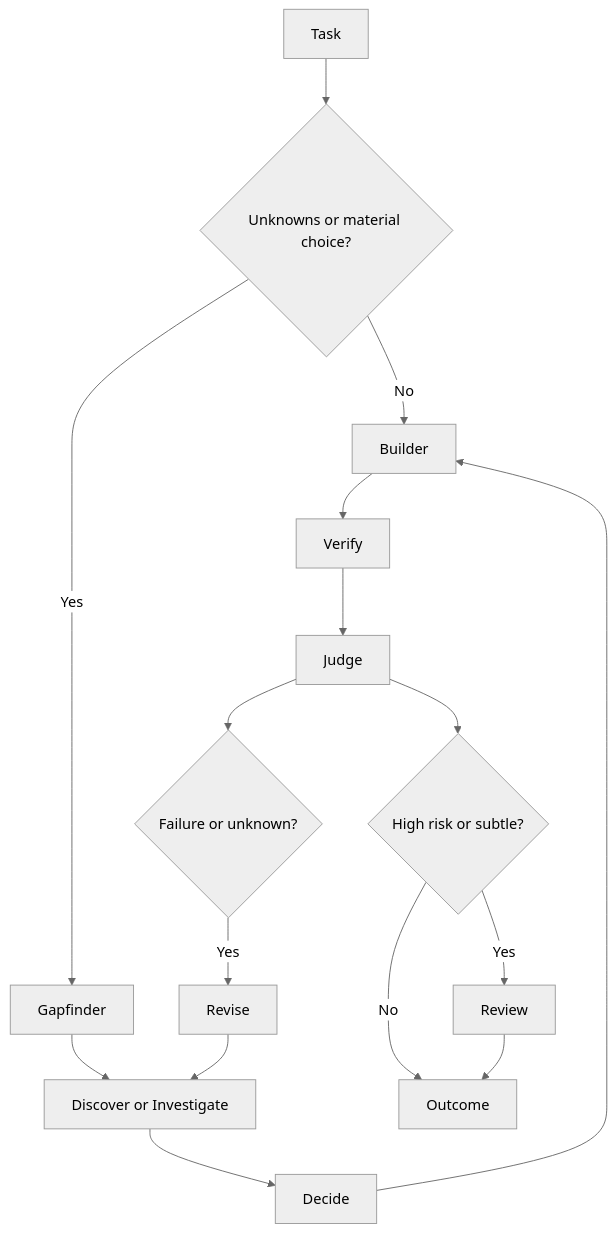
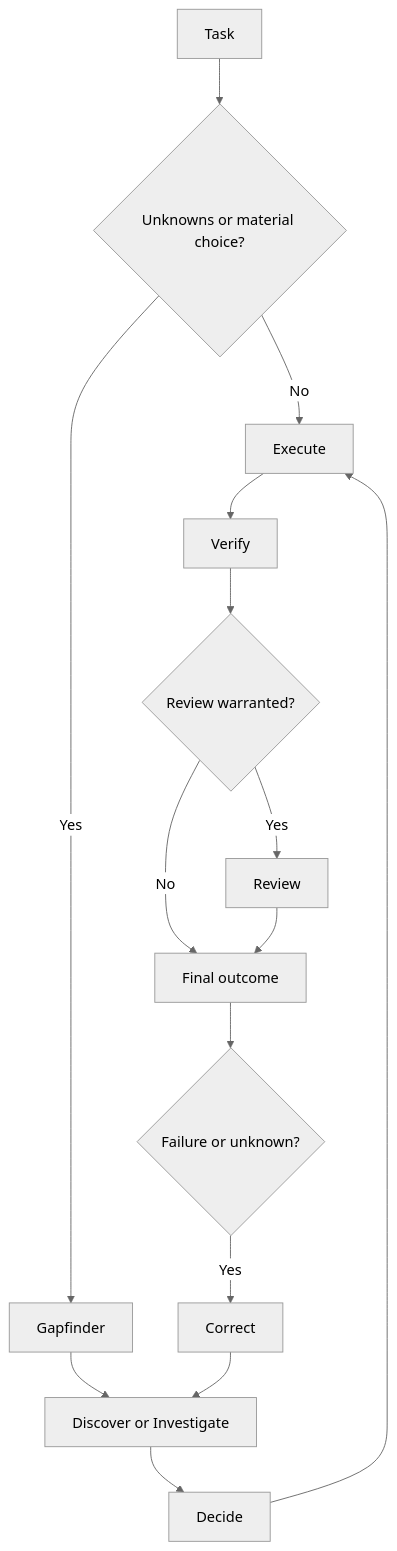
Before and after one commit to daeon/thoughtloop: the second of 2 diagrams in README.md, drawn with Mermaid (neutral theme). The commit also changed other lines of this file and 43 other files, not shown here.

````diff
--- a/README.md
+++ b/README.md
@@ -69,18 +69,17 @@
 ```mermaid
 flowchart TD
     T[Task] --> G{Unknowns or material choice?}
-    G -->|No| B[Builder]
+    G -->|No| B[Execute]
     G -->|Yes| F[Gapfinder]
     F --> D[Discover or Investigate]
     D --> S[Decide]
     S --> B
     B --> V[Verify]
-    V --> J[Judge]
-    J --> R{High risk or subtle?}
+    V --> R{Review warranted?}
     R -->|Yes| X[Review]
-    R -->|No| O[Outcome]
+    R -->|No| O[Final outcome]
     X --> O
-    J --> M{Failure or unknown?}
-    M -->|Yes| Q[Revise]
+    O --> M{Failure or unknown?}
+    M -->|Yes| Q[Correct]
     Q --> D
 ```
````
